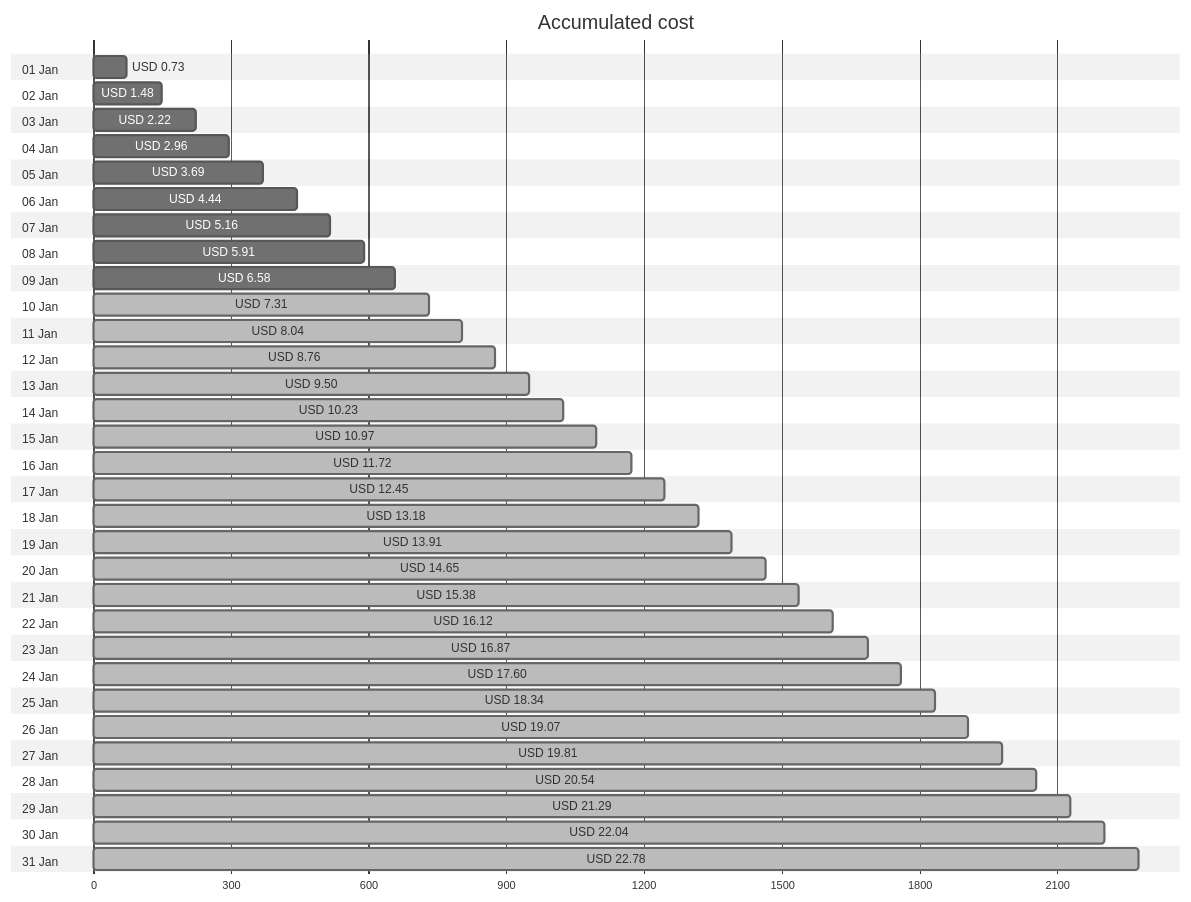
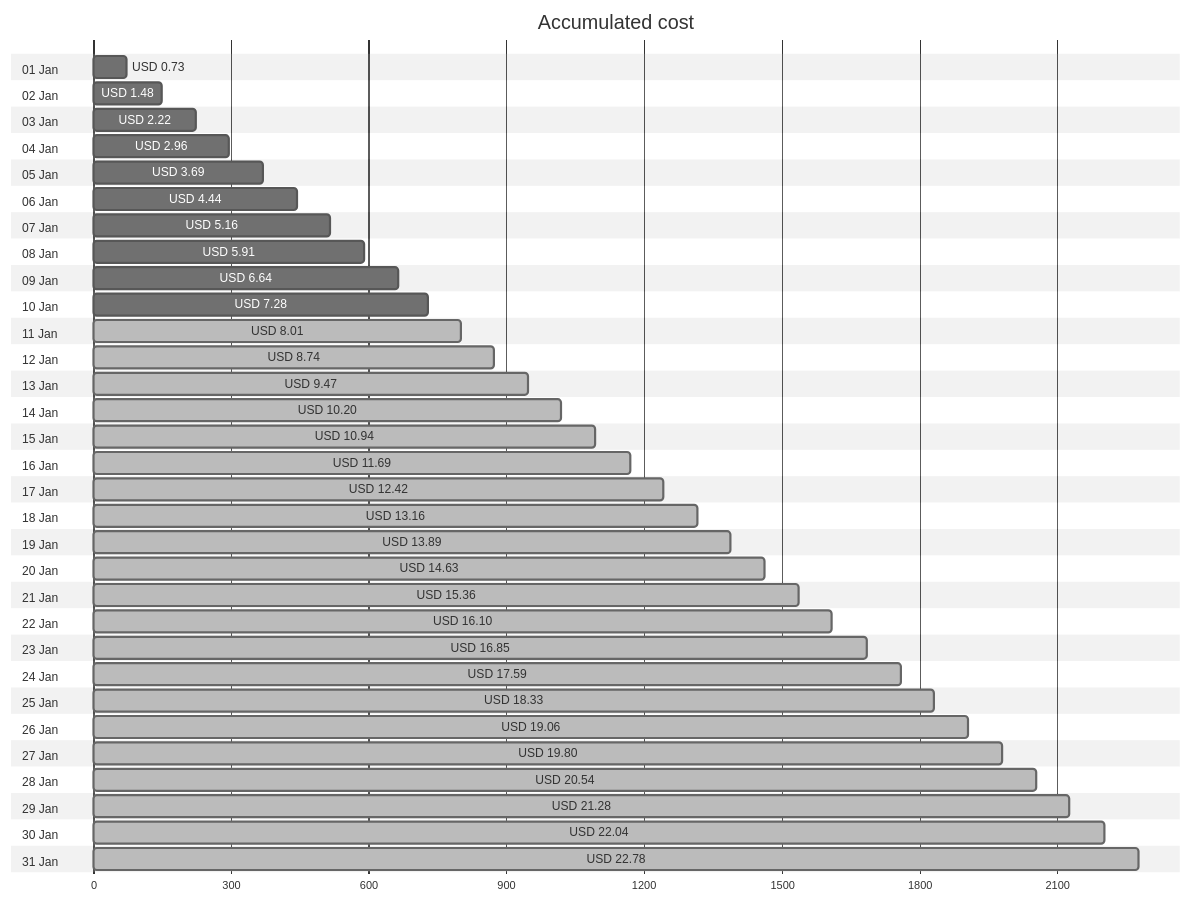
The first of 4 diagrams in cost-reports/personal-network/backup-server-data-disk.md (jpfulton/azure-personal-reports), drawn with Mermaid (neutral theme) before and after one commit. The commit also changed other lines of this file and 8 other files, not shown here.

````diff
--- a/cost-reports/personal-network/backup-server-data-disk.md
+++ b/cost-reports/personal-network/backup-server-data-disk.md
@@ -20,68 +20,68 @@
 ```mermaid
 gantt
    title Accumulated cost
    dateFormat  X
    axisFormat %s
    section 01 Jan
    USD 0.73 :0, 73
    section 02 Jan
    USD 1.48 :0, 148
    section 03 Jan
    USD 2.22 :0, 222
    section 04 Jan
    USD 2.96 :0, 296
    section 05 Jan
    USD 3.69 :0, 369
    section 06 Jan
    USD 4.44 :0, 444
    section 07 Jan
    USD 5.16 :0, 516
    section 08 Jan
    USD 5.91 :0, 591
    section 09 Jan
-   USD 6.58 :0, 658
+   USD 6.64 :0, 664
    section 10 Jan
-   USD 7.31 : done, 0, 731
+   USD 7.28 :0, 728
    section 11 Jan
-   USD 8.04 : done, 0, 804
+   USD 8.01 : done, 0, 801
    section 12 Jan
-   USD 8.76 : done, 0, 876
+   USD 8.74 : done, 0, 874
    section 13 Jan
-   USD 9.50 : done, 0, 950
+   USD 9.47 : done, 0, 947
    section 14 Jan
-   USD 10.23 : done, 0, 1023
+   USD 10.20 : done, 0, 1020
    section 15 Jan
-   USD 10.97 : done, 0, 1097
+   USD 10.94 : done, 0, 1094
    section 16 Jan
-   USD 11.72 : done, 0, 1172
+   USD 11.69 : done, 0, 1169
    section 17 Jan
-   USD 12.45 : done, 0, 1245
+   USD 12.42 : done, 0, 1242
    section 18 Jan
-   USD 13.18 : done, 0, 1318
+   USD 13.16 : done, 0, 1316
    section 19 Jan
-   USD 13.91 : done, 0, 1391
+   USD 13.89 : done, 0, 1389
    section 20 Jan
-   USD 14.65 : done, 0, 1465
+   USD 14.63 : done, 0, 1463
    section 21 Jan
-   USD 15.38 : done, 0, 1538
+   USD 15.36 : done, 0, 1536
    section 22 Jan
-   USD 16.12 : done, 0, 1612
+   USD 16.10 : done, 0, 1610
    section 23 Jan
-   USD 16.87 : done, 0, 1687
+   USD 16.85 : done, 0, 1685
    section 24 Jan
-   USD 17.60 : done, 0, 1760
+   USD 17.59 : done, 0, 1759
    section 25 Jan
-   USD 18.34 : done, 0, 1834
+   USD 18.33 : done, 0, 1833
    section 26 Jan
-   USD 19.07 : done, 0, 1907
+   USD 19.06 : done, 0, 1906
    section 27 Jan
-   USD 19.81 : done, 0, 1981
+   USD 19.80 : done, 0, 1980
    section 28 Jan
    USD 20.54 : done, 0, 2054
    section 29 Jan
-   USD 21.29 : done, 0, 2129
+   USD 21.28 : done, 0, 2128
    section 30 Jan
    USD 22.04 : done, 0, 2204
    section 31 Jan
    USD 22.78 : done, 0, 2278
 ```
````
